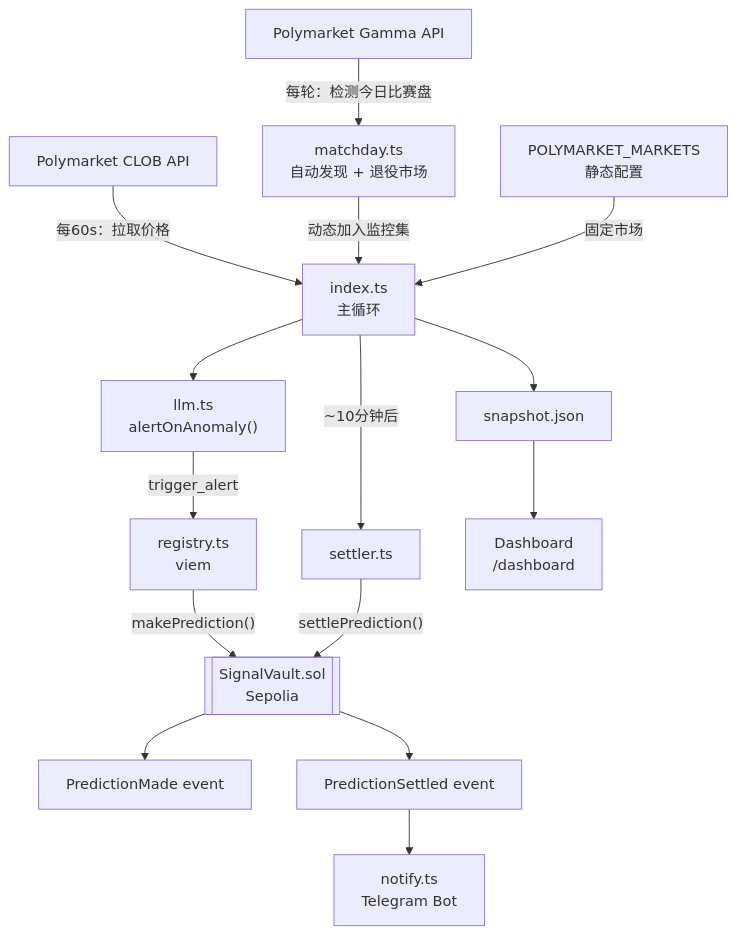
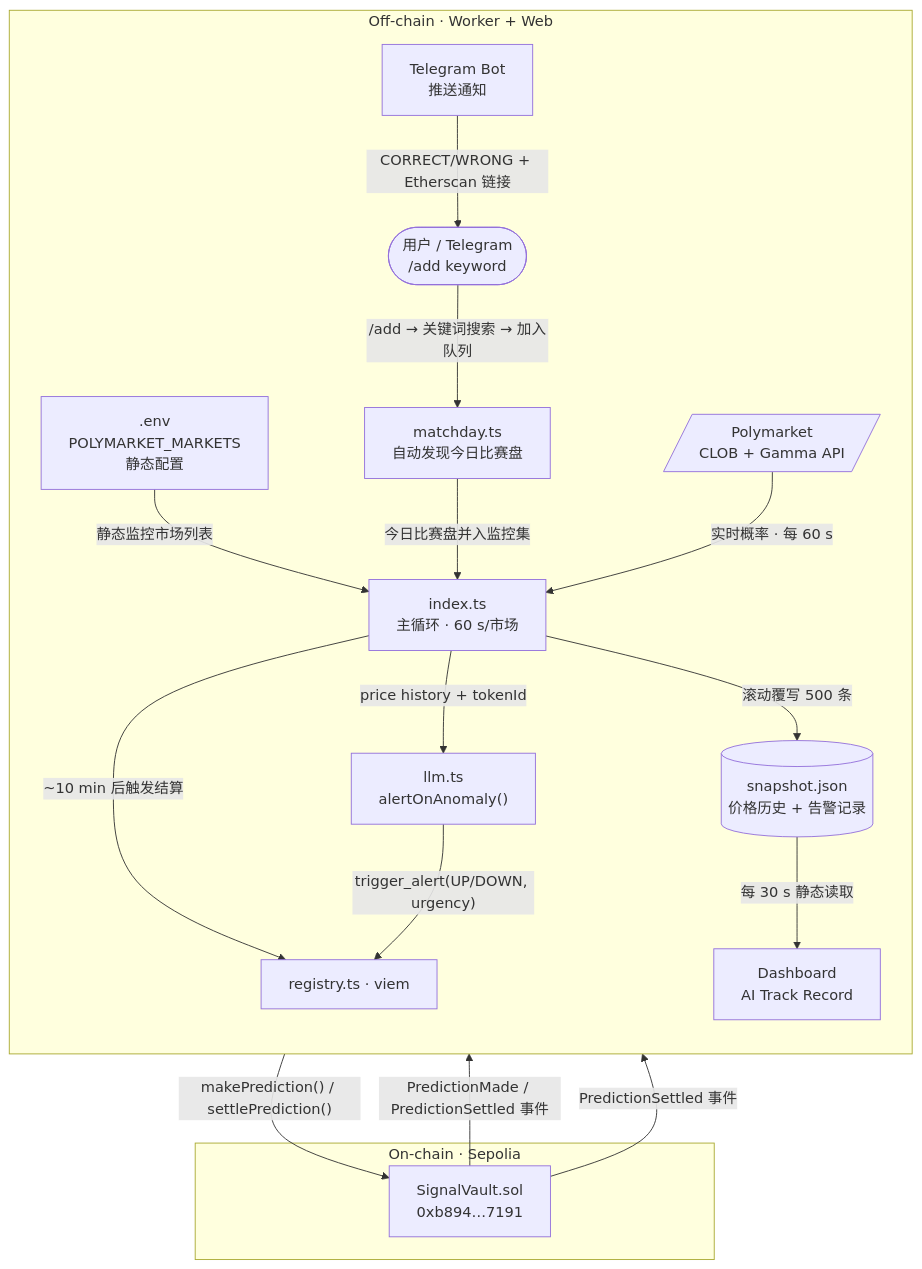
Before and after one commit to ljwbpng09/hackcamp-w2-signal-vault: the first of 2 diagrams in README.md, drawn with Mermaid. The commit also changed other lines of this file, not shown here.

Commit message:
docs: upgrade Mermaid diagrams — flowchart with subgraph + full sequenceDiagram

````diff
--- a/README.md
+++ b/README.md
@@ -44,17 +44,34 @@
 ```mermaid
-flowchart TD
-    A["Polymarket Gamma API"] -->|"每轮：检测今日比赛盘"| B["matchday.ts\n自动发现 + 退役市场"]
-    A2["Polymarket CLOB API"] -->|"每60s：拉取价格"| C
-    B -->|"动态加入监控集"| C["index.ts\n主循环"]
-    ENV["POLYMARKET_MARKETS\n静态配置"] -->|"固定市场"| C
-    C --> D["llm.ts\nalertOnAnomaly()"]
-    D -->|"trigger_alert"| E["registry.ts\nviem"]
-    E -->|"makePrediction()"| F[["SignalVault.sol\nSepolia"]]
-    F --> G["PredictionMade event"]
-    C -->|"~10分钟后"| H["settler.ts"]
-    H -->|"settlePrediction()"| F
-    F --> I["PredictionSettled event"]
-    C --> J["snapshot.json"]
-    J --> K["Dashboard\n/dashboard"]
-    I --> L["notify.ts\nTelegram Bot"]
+flowchart TB
+    subgraph offchain["Off-chain · Worker + Web"]
+        direction TB
+        U(["用户 / Telegram\n/add keyword"])
+        ENV[".env\nPOLYMARKET_MARKETS\n静态配置"]
+        MT["matchday.ts\n自动发现今日比赛盘"]
+        PM[/"Polymarket\nCLOB + Gamma API"/]
+        IDX["index.ts\n主循环 · 60 s/市场"]
+        LLM["llm.ts\nalertOnAnomaly()"]
+        SJ[("snapshot.json\n价格历史 + 告警记录")]
+        REG["registry.ts · viem"]
+        DB["Dashboard\nAI Track Record"]
+        TG["Telegram Bot\n推送通知"]
+    end
+
+    subgraph onchain["On-chain · Sepolia"]
+        SC["SignalVault.sol\n0xb894…7191"]
+    end
+
+    U          -->|"/add → 关键词搜索 → 加入队列"| MT
+    ENV        -->|"静态监控市场列表"| IDX
+    MT         -->|"今日比赛盘并入监控集"| IDX
+    PM         -->|"实时概率 · 每 60 s"| IDX
+    IDX        -->|"price history + tokenId"| LLM
+    IDX        -->|"滚动覆写 500 条"| SJ
+    IDX        -->|"~10 min 后触发结算"| REG
+    LLM        -->|"trigger_alert(UP/DOWN, urgency)"| REG
+    SJ         -->|"每 30 s 静态读取"| DB
+    REG        -->|"makePrediction() / settlePrediction()"| SC
+    SC         -->|"PredictionMade / PredictionSettled 事件"| DB
+    SC         -->|"PredictionSettled 事件"| TG
+    TG         -->|"CORRECT/WRONG + Etherscan 链接"| U
 ```
````
